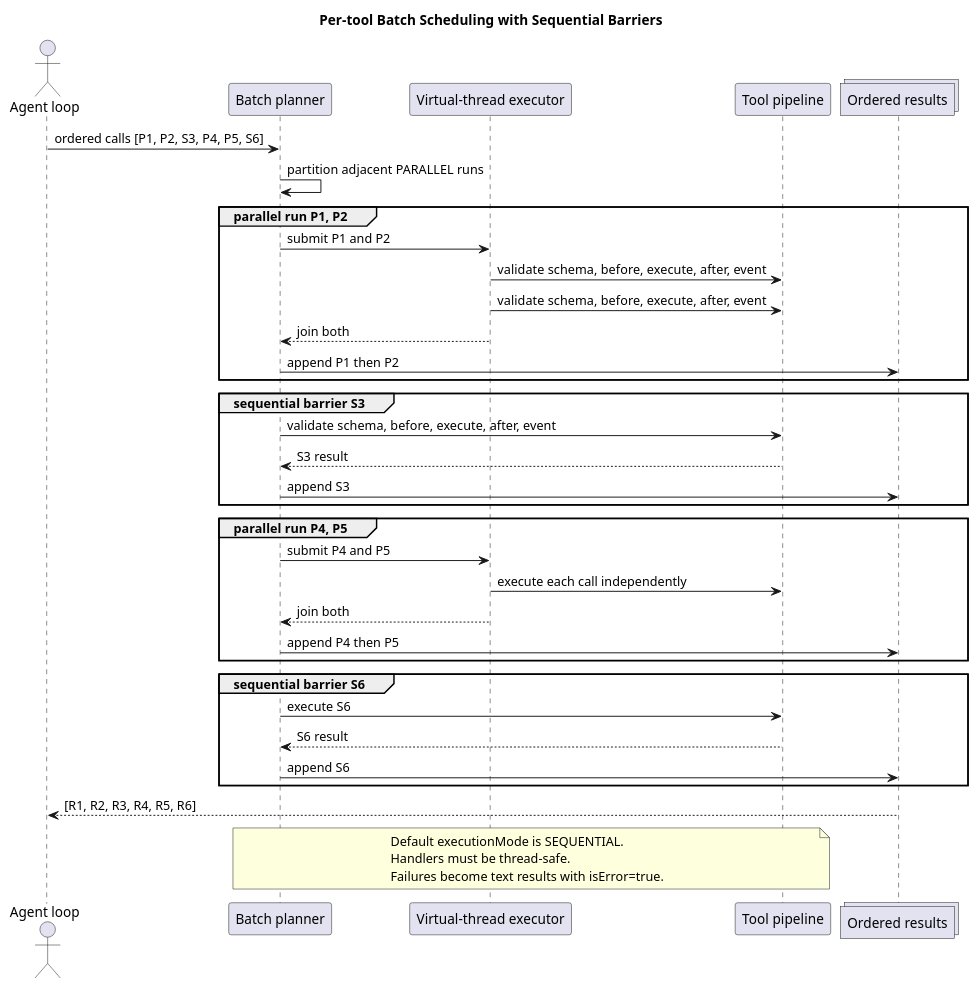
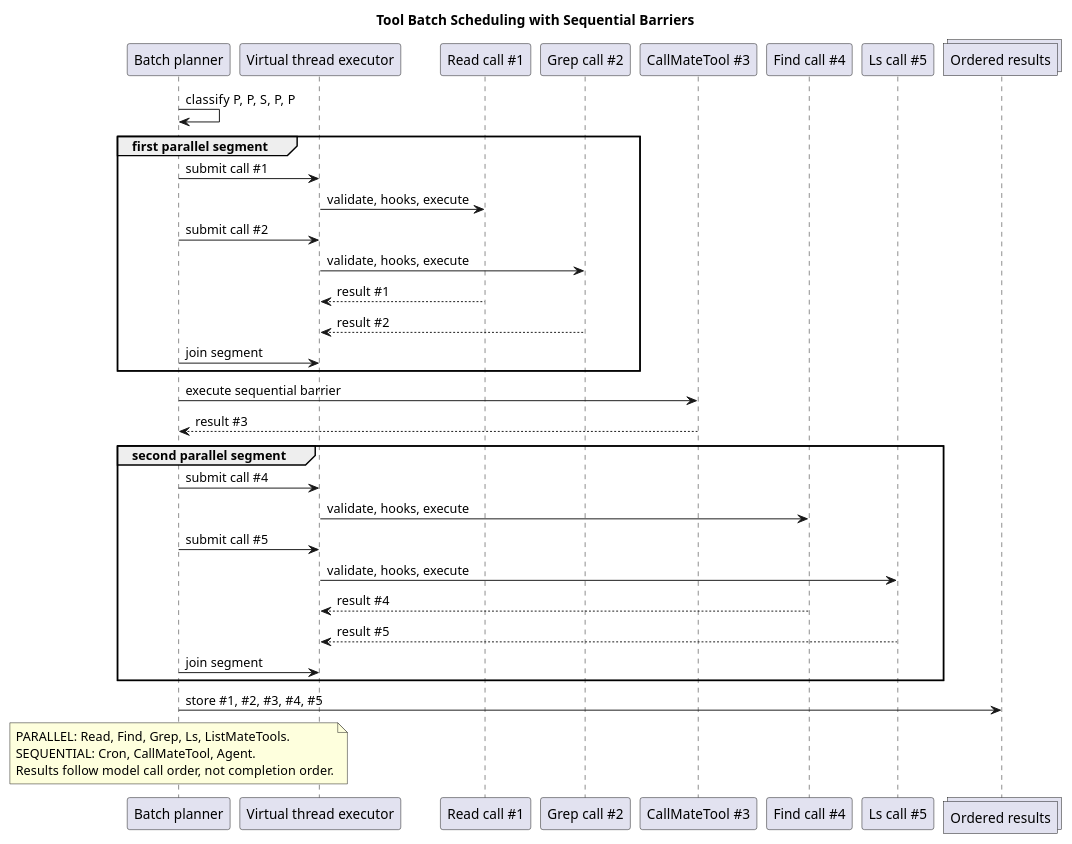
The seventh of 8 diagrams in pi-mono-java-tool-system/diagram.puml (ssm0808/pi-mono-java-design), drawn with PlantUML before and after one commit. The commit also changed other lines of this file and 13 other files, not shown here.

```diff
--- a/pi-mono-java-tool-system/diagram.puml
+++ b/pi-mono-java-tool-system/diagram.puml
@@ -316,54 +406,50 @@
 @startuml tool_batch_scheduling
-title Per-tool Batch Scheduling with Sequential Barriers
+title Tool Batch Scheduling with Sequential Barriers
+skinparam shadowing false
 
-' Source evidence: pi-mono-java modules/agent-core/src/main/java/com/campusclaw/agent/tool/ToolExecutionPipeline.java, executeAll
-' Source evidence: pi-mono-java modules/agent-core/src/main/java/com/campusclaw/agent/tool/ToolExecutionMode.java, ToolExecutionMode
-' Observed behavior: the Java baseline applies one execution mode to the complete batch and validates after the before hook.
-' Architecture change: target mode is declared per AgentTool and schema validation occurs before hooks.
-' Design reason: read-only calls can overlap without allowing state-changing tools to cross a barrier.
+' Source evidence (CampusClaw d649866):
+' modules/agent-core/src/main/java/com/campusclaw/agent/tool/AgentTool.java: AgentTool
+' modules/agent-core/src/main/java/com/campusclaw/agent/tool/ToolExecutionPipeline.java: executeAll
+' Observed behavior: the pipeline does not yet implement the target adjacent
+' parallel-segment planner.
+' Design reason: read-only tools may overlap, but Cron, Mate execution, and Child
+' execution preserve their model order as explicit barriers.
 
-skinparam shadowing false
-actor "Agent loop" as LOOP
-participant "Batch planner" as PLAN
-participant "Virtual-thread executor" as VTE
-participant "Tool pipeline" as PIPE
-collections "Ordered results" as RESULTS
+participant "Batch planner" as Planner
+participant "Virtual thread executor" as Executor
+participant "Read call #1" as P1
+participant "Grep call #2" as P2
+participant "CallMateTool #3" as S3
+participant "Find call #4" as P4
+participant "Ls call #5" as P5
+collections "Ordered results" as Results
 
-LOOP -> PLAN : ordered calls [P1, P2, S3, P4, P5, S6]
-PLAN -> PLAN : partition adjacent PARALLEL runs
+Planner -> Planner : classify P, P, S, P, P
+group first parallel segment
+  Planner -> Executor : submit call #1
+  Executor -> P1 : validate, hooks, execute
+  Planner -> Executor : submit call #2
+  Executor -> P2 : validate, hooks, execute
+  P1 --> Executor : result #1
+  P2 --> Executor : result #2
+  Planner -> Executor : join segment
+end
+Planner -> S3 : execute sequential barrier
+S3 --> Planner : result #3
+group second parallel segment
+  Planner -> Executor : submit call #4
+  Executor -> P4 : validate, hooks, execute
+  Planner -> Executor : submit call #5
+  Executor -> P5 : validate, hooks, execute
+  P4 --> Executor : result #4
+  P5 --> Executor : result #5
+  Planner -> Executor : join segment
+end
+Planner -> Results : store #1, #2, #3, #4, #5
 
-group parallel run P1, P2
-  PLAN -> VTE : submit P1 and P2
-  VTE -> PIPE : validate schema, before, execute, after, event
-  VTE -> PIPE : validate schema, before, execute, after, event
-  VTE --> PLAN : join both
-  PLAN -> RESULTS : append P1 then P2
-end
-
-group sequential barrier S3
-  PLAN -> PIPE : validate schema, before, execute, after, event
-  PIPE --> PLAN : S3 result
-  PLAN -> RESULTS : append S3
-end
-
-group parallel run P4, P5
-  PLAN -> VTE : submit P4 and P5
-  VTE -> PIPE : execute each call independently
-  VTE --> PLAN : join both
-  PLAN -> RESULTS : append P4 then P5
-end
-
-group sequential barrier S6
-  PLAN -> PIPE : execute S6
-  PIPE --> PLAN : S6 result
-  PLAN -> RESULTS : append S6
-end
-
-RESULTS --> LOOP : [R1, R2, R3, R4, R5, R6]
-
-note over PLAN,PIPE
-Default executionMode is SEQUENTIAL.
-Handlers must be thread-safe.
-Failures become text results with isError=true.
+note over Planner
+PARALLEL: Read, Find, Grep, Ls, ListMateTools.
+SEQUENTIAL: Cron, CallMateTool, Agent.
+Results follow model call order, not completion order.
 end note
 @enduml
```
